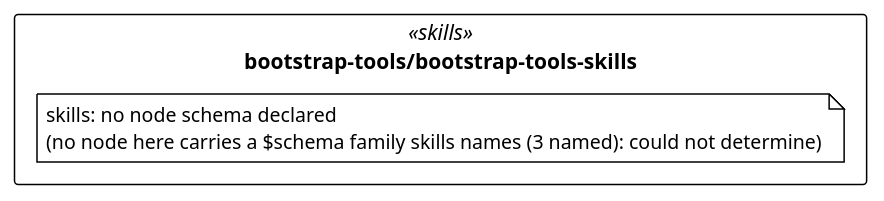
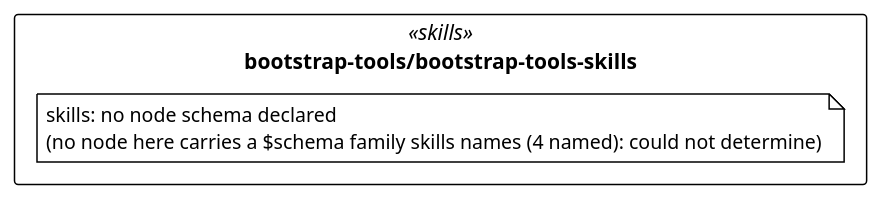
The diagram in cat-harness/uml/overview/bootstrap-tools/bootstrap-tools-skills.puml (litlfred/folio-assistant), drawn with PlantUML before and after one commit. The commit also changed 69 other files, not shown here.

First line of the commit message:
Register skills.json as the skill-topics/v1 family (fixes check:kind-validators)

```diff
--- a/cat-harness/uml/overview/bootstrap-tools/bootstrap-tools-skills.puml
+++ b/cat-harness/uml/overview/bootstrap-tools/bootstrap-tools-skills.puml
@@ -3,13 +3,13 @@
 @startuml bootstrap_tools_bootstrap_tools_skills
 !pragma layout elk
 !theme plain
 skinparam classAttributeIconSize 0
 skinparam shadowing false
 skinparam packageStyle rectangle
 hide empty methods
 
 package "bootstrap-tools/bootstrap-tools-skills" as pkg_bootstrap_tools_bootstrap_tools_skills <<skills>> {
-  note "skills: no node schema declared\n(no node here carries a $schema family skills names (3 named): could not determine)" as n_bootstrap_tools_bootstrap_tools_skills_skills
+  note "skills: no node schema declared\n(no node here carries a $schema family skills names (4 named): could not determine)" as n_bootstrap_tools_bootstrap_tools_skills_skills
 }
 
 @enduml
```
